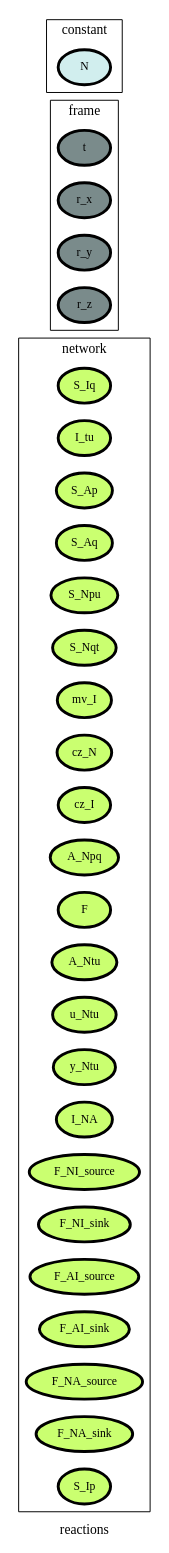
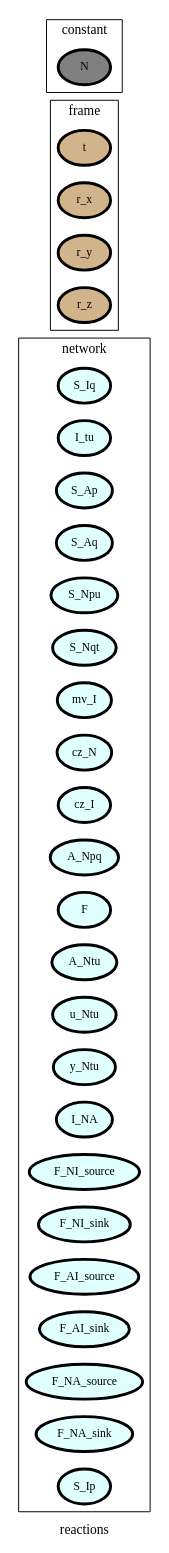
Before and after one commit to heinz-preisig/processes_starter: the diagram in ontology_graphs/graph__reactions.dot, drawn with Graphviz. The commit also changed 28 other files, not shown here.

```diff
--- a/ontology_graphs/graph__reactions.dot
+++ b/ontology_graphs/graph__reactions.dot
@@ -1,76 +1,76 @@
 digraph reactions {
 label=reactions;
 rankdir=LR;
 subgraph cluster_reactions___network {
 label=network;
 rankdir=LR;
-V_10 [fillcolor=darkolivegreen1, fontsize=12, label=S_Iq, penwidth=3, style=filled];
-V_11 [fillcolor=darkolivegreen1, fontsize=12, label=I_tu, penwidth=3, style=filled];
-V_12 [fillcolor=darkolivegreen1, fontsize=12, label=S_Ap, penwidth=3, style=filled];
-V_13 [fillcolor=darkolivegreen1, fontsize=12, label=S_Aq, penwidth=3, style=filled];
-V_14 [fillcolor=darkolivegreen1, fontsize=12, label=S_Npu, penwidth=3, style=filled];
-V_15 [fillcolor=darkolivegreen1, fontsize=12, label=S_Nqt, penwidth=3, style=filled];
-V_16 [fillcolor=darkolivegreen1, fontsize=12, label=mv_I, penwidth=3, style=filled];
-V_17 [fillcolor=darkolivegreen1, fontsize=12, label=cz_N, penwidth=3, style=filled];
-V_18 [fillcolor=darkolivegreen1, fontsize=12, label=cz_I, penwidth=3, style=filled];
-V_19 [fillcolor=darkolivegreen1, fontsize=12, label=A_Npq, penwidth=3, style=filled];
-V_2 [fillcolor=darkolivegreen1, fontsize=12, label=F, penwidth=3, style=filled];
-V_20 [fillcolor=darkolivegreen1, fontsize=12, label=A_Ntu, penwidth=3, style=filled];
-V_21 [fillcolor=darkolivegreen1, fontsize=12, label=u_Ntu, penwidth=3, style=filled];
-V_22 [fillcolor=darkolivegreen1, fontsize=12, label=y_Ntu, penwidth=3, style=filled];
-V_27 [fillcolor=darkolivegreen1, fontsize=12, label=I_NA, penwidth=3, style=filled];
-V_3 [fillcolor=darkolivegreen1, fontsize=12, label=F_NI_source, penwidth=3, style=filled];
-V_4 [fillcolor=darkolivegreen1, fontsize=12, label=F_NI_sink, penwidth=3, style=filled];
-V_5 [fillcolor=darkolivegreen1, fontsize=12, label=F_AI_source, penwidth=3, style=filled];
-V_6 [fillcolor=darkolivegreen1, fontsize=12, label=F_AI_sink, penwidth=3, style=filled];
-V_7 [fillcolor=darkolivegreen1, fontsize=12, label=F_NA_source, penwidth=3, style=filled];
-V_8 [fillcolor=darkolivegreen1, fontsize=12, label=F_NA_sink, penwidth=3, style=filled];
-V_9 [fillcolor=darkolivegreen1, fontsize=12, label=S_Ip, penwidth=3, style=filled];
+V_10 [fillcolor=lightcyan, fontsize=12, label=S_Iq, penwidth=3, style=filled];
+V_11 [fillcolor=lightcyan, fontsize=12, label=I_tu, penwidth=3, style=filled];
+V_12 [fillcolor=lightcyan, fontsize=12, label=S_Ap, penwidth=3, style=filled];
+V_13 [fillcolor=lightcyan, fontsize=12, label=S_Aq, penwidth=3, style=filled];
+V_14 [fillcolor=lightcyan, fontsize=12, label=S_Npu, penwidth=3, style=filled];
+V_15 [fillcolor=lightcyan, fontsize=12, label=S_Nqt, penwidth=3, style=filled];
+V_16 [fillcolor=lightcyan, fontsize=12, label=mv_I, penwidth=3, style=filled];
+V_17 [fillcolor=lightcyan, fontsize=12, label=cz_N, penwidth=3, style=filled];
+V_18 [fillcolor=lightcyan, fontsize=12, label=cz_I, penwidth=3, style=filled];
+V_19 [fillcolor=lightcyan, fontsize=12, label=A_Npq, penwidth=3, style=filled];
+V_2 [fillcolor=lightcyan, fontsize=12, label=F, penwidth=3, style=filled];
+V_20 [fillcolor=lightcyan, fontsize=12, label=A_Ntu, penwidth=3, style=filled];
+V_21 [fillcolor=lightcyan, fontsize=12, label=u_Ntu, penwidth=3, style=filled];
+V_22 [fillcolor=lightcyan, fontsize=12, label=y_Ntu, penwidth=3, style=filled];
+V_27 [fillcolor=lightcyan, fontsize=12, label=I_NA, penwidth=3, style=filled];
+V_3 [fillcolor=lightcyan, fontsize=12, label=F_NI_source, penwidth=3, style=filled];
+V_4 [fillcolor=lightcyan, fontsize=12, label=F_NI_sink, penwidth=3, style=filled];
+V_5 [fillcolor=lightcyan, fontsize=12, label=F_AI_source, penwidth=3, style=filled];
+V_6 [fillcolor=lightcyan, fontsize=12, label=F_AI_sink, penwidth=3, style=filled];
+V_7 [fillcolor=lightcyan, fontsize=12, label=F_NA_source, penwidth=3, style=filled];
+V_8 [fillcolor=lightcyan, fontsize=12, label=F_NA_sink, penwidth=3, style=filled];
+V_9 [fillcolor=lightcyan, fontsize=12, label=S_Ip, penwidth=3, style=filled];
 }
 
 subgraph cluster_reactions___differenceOperator {
 label=differenceOperator;
 rankdir=LR;
 }
 
 subgraph cluster_reactions___frame {
 label=frame;
 rankdir=LR;
-V_1 [fillcolor=lightcyan4, fontsize=12, label=t, penwidth=3, style=filled];
-V_23 [fillcolor=lightcyan4, fontsize=12, label=r_x, penwidth=3, style=filled];
-V_24 [fillcolor=lightcyan4, fontsize=12, label=r_y, penwidth=3, style=filled];
-V_25 [fillcolor=lightcyan4, fontsize=12, label=r_z, penwidth=3, style=filled];
+V_1 [fillcolor=tan, fontsize=12, label=t, penwidth=3, style=filled];
+V_23 [fillcolor=tan, fontsize=12, label=r_x, penwidth=3, style=filled];
+V_24 [fillcolor=tan, fontsize=12, label=r_y, penwidth=3, style=filled];
+V_25 [fillcolor=tan, fontsize=12, label=r_z, penwidth=3, style=filled];
 }
 
 subgraph cluster_reactions___state {
 label=state;
 rankdir=LR;
 }
 
 subgraph cluster_reactions___constant {
 label=constant;
 rankdir=LR;
-V_26 [fillcolor=lightcyan2, fontsize=12, label=N, penwidth=3, style=filled];
+V_26 [fillcolor=grey, fontsize=12, label=N, penwidth=3, style=filled];
 }
 
 subgraph cluster_reactions___effort {
 label=effort;
 rankdir=LR;
 }
 
 subgraph cluster_reactions___secondaryState {
 label=secondaryState;
 rankdir=LR;
 }
 
 subgraph cluster_reactions___diffState {
 label=diffState;
 rankdir=LR;
 }
 
 subgraph cluster_reactions___conversion {
 label=conversion;
 rankdir=LR;
 }
 
 }
```
